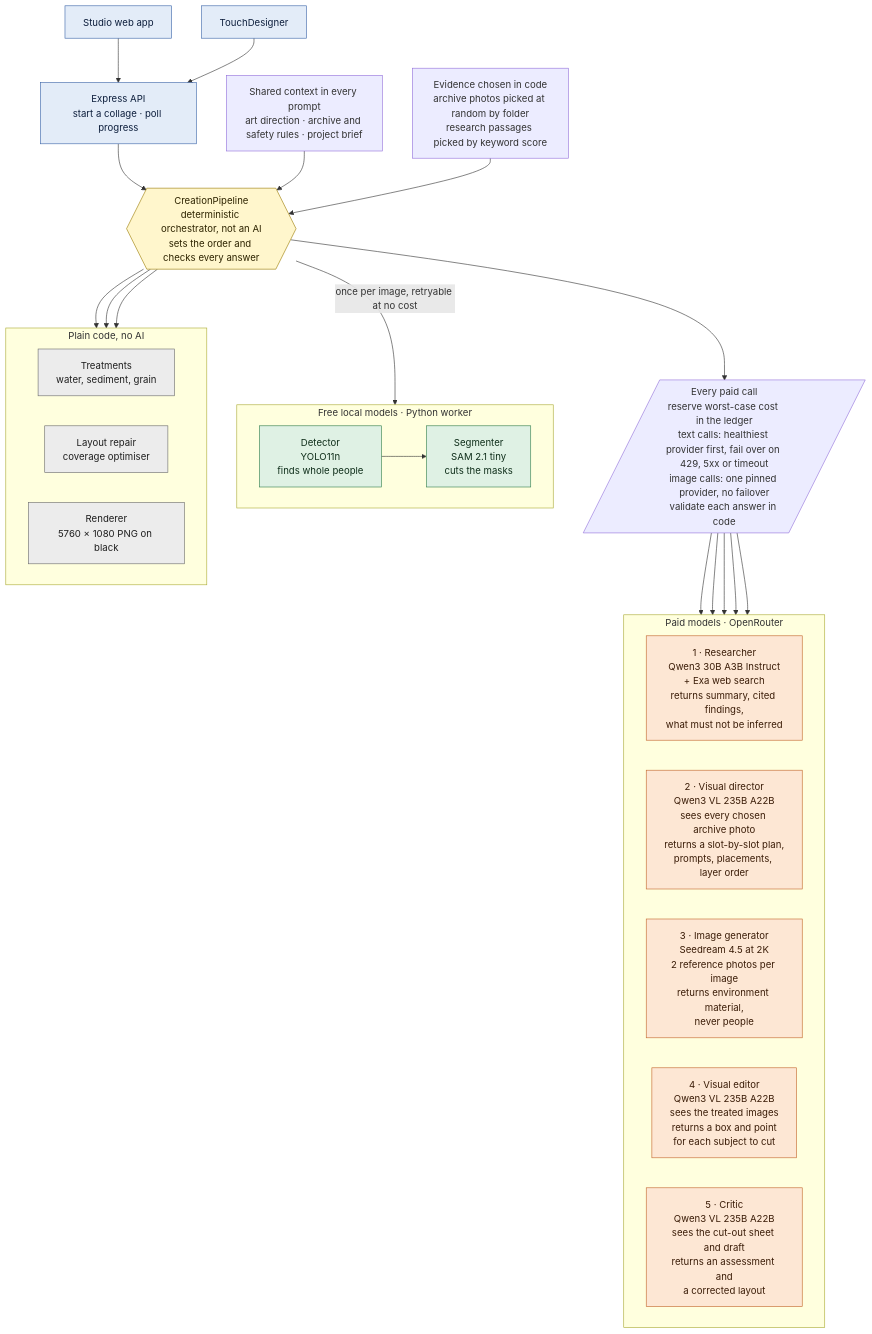
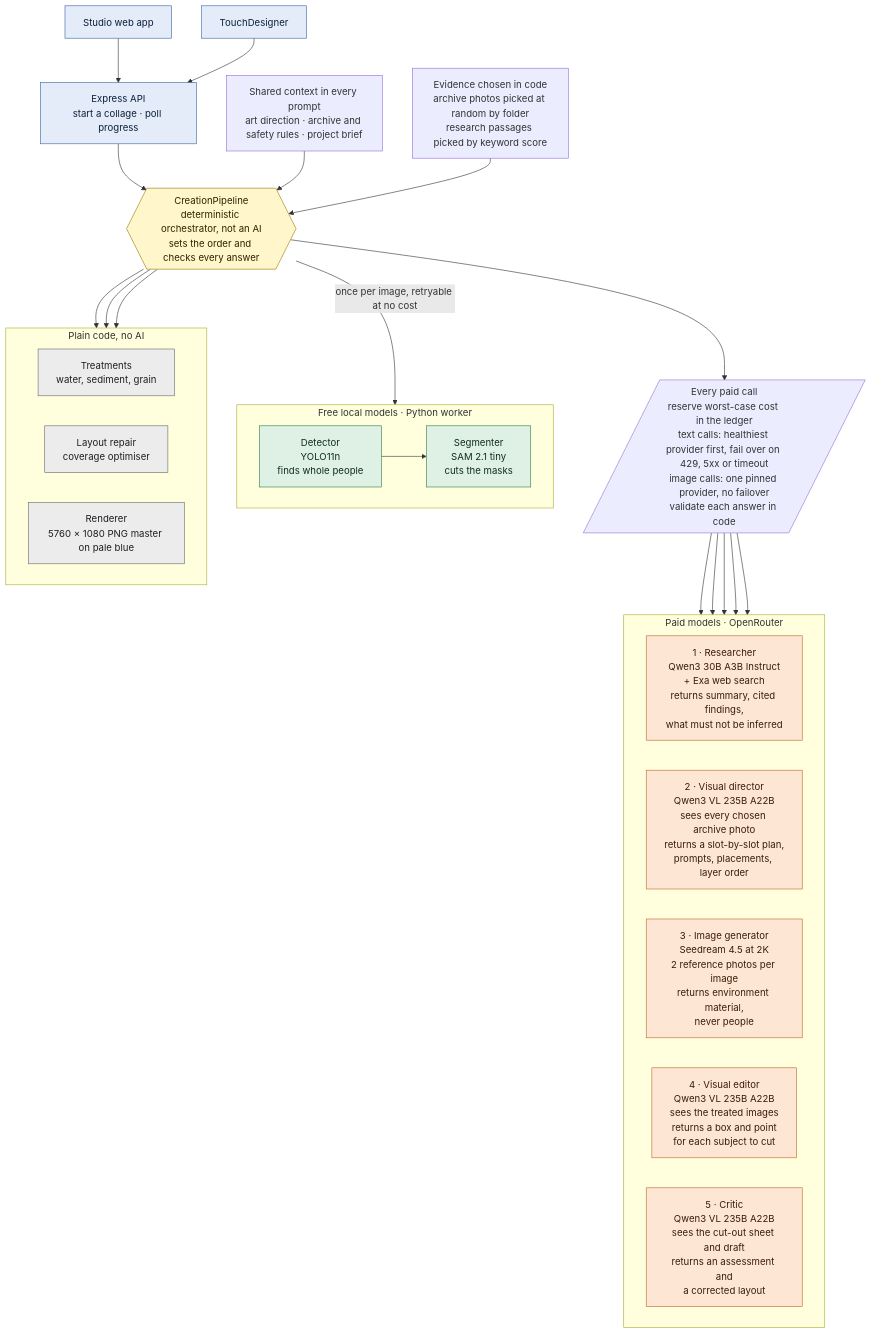
One commit to christegho/kuchema changed the first of 2 diagrams in architecture.md. Above: the diagram before and after it, drawn with Mermaid. The commit also changed other lines of this file and 20 other files, not shown here.

First line of the commit message:
Pale blue ground, lossless 18.7 MB PNG masters, 15 images across three screens

````diff
--- a/architecture.md
+++ b/architecture.md
@@ -9,45 +9,45 @@
 ```mermaid
 flowchart TB
   classDef paid fill:#fde7d4,stroke:#c2652a,color:#3b1d08
   classDef local fill:#dff1e4,stroke:#2f7d4a,color:#0f2e1a
   classDef code fill:#ececec,stroke:#6b6b6b,color:#1f1f1f
   classDef io fill:#e3ecf8,stroke:#3a64a8,color:#0e1f3d
   classDef hub fill:#fff6cc,stroke:#9a7b00,color:#2e2400
 
   UI["Studio web app"]:::io --> API
   TD["TouchDesigner"]:::io --> API
   API["Express API<br/>start a collage · poll progress"]:::io --> ORCH
 
   CTX["Shared context in every prompt<br/>art direction · archive and safety rules · project brief"] --> ORCH
   EVD["Evidence chosen in code<br/>archive photos picked at random by folder<br/>research passages picked by keyword score"] --> ORCH
 
   ORCH{{"CreationPipeline<br/>deterministic orchestrator, not an AI<br/>sets the order and checks every answer"}}:::hub
 
   ORCH --> GATE[/"Every paid call<br/>reserve worst-case cost in the ledger<br/>text calls: healthiest provider first, fail over on 429, 5xx or timeout<br/>image calls: one pinned provider, no failover<br/>validate each answer in code"/]
 
   subgraph PAID["Paid models · OpenRouter"]
     direction LR
     A1["1 · Researcher<br/>Qwen3 30B A3B Instruct<br/>+ Exa web search<br/>returns summary, cited findings,<br/>what must not be inferred"]:::paid
     A2["2 · Visual director<br/>Qwen3 VL 235B A22B<br/>sees every chosen archive photo<br/>returns a slot-by-slot plan,<br/>prompts, placements, layer order"]:::paid
     A3["3 · Image generator<br/>Seedream 4.5 at 2K<br/>2 reference photos per image<br/>returns environment material,<br/>never people"]:::paid
     A4["4 · Visual editor<br/>Qwen3 VL 235B A22B<br/>sees the treated images<br/>returns a box and point<br/>for each subject to cut"]:::paid
     A5["5 · Critic<br/>Qwen3 VL 235B A22B<br/>sees the cut-out sheet and draft<br/>returns an assessment and<br/>a corrected layout"]:::paid
   end
 
   GATE --> A1 & A2 & A3 & A4 & A5
 
   subgraph FREE["Free local models · Python worker"]
     direction LR
     Y["Detector<br/>YOLO11n<br/>finds whole people"]:::local --> S["Segmenter<br/>SAM 2.1 tiny<br/>cuts the masks"]:::local
   end
 
   subgraph CODE["Plain code, no AI"]
     direction LR
     TR["Treatments<br/>water, sediment, grain"]:::code
     FIT["Layout repair<br/>coverage optimiser"]:::code
-    REN["Renderer<br/>5760 × 1080 PNG on black"]:::code
+    REN["Renderer<br/>5760 × 1080 PNG master on pale blue"]:::code
   end
 
   ORCH -->|"once per image, retryable at no cost"| Y
   ORCH --> TR & FIT & REN
 ```
````
